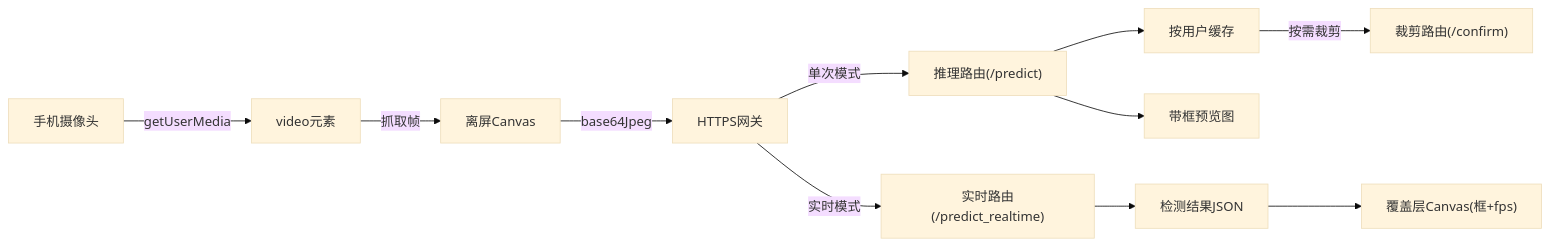
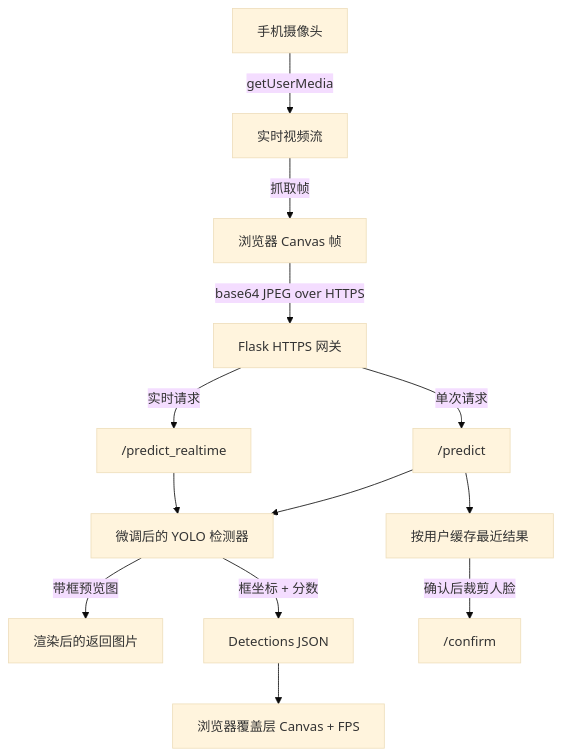
One commit to diiiiiiio/realtime-mask-detection changed the diagram in README_zh.md. Above: the diagram before and after it, drawn with Mermaid (base theme). The commit also changed other lines of this file and 10 other files, not shown here.

Commit message:
Fix README architecture and training assets

````diff
--- a/README_zh.md
+++ b/README_zh.md
@@ -41,16 +41,20 @@
 ```mermaid
-flowchart LR
-    cameraInput["手机摄像头"] -->|"getUserMedia"| videoElement["video元素"]
-    videoElement -->|"抓取帧"| offscreenCanvas["离屏Canvas"]
-    offscreenCanvas -->|"base64Jpeg"| httpsGateway["HTTPS网关"]
+flowchart TD
+    camera["手机摄像头"] -->|"getUserMedia"| video["实时视频流"]
+    video -->|"抓取帧"| frame["浏览器 Canvas 帧"]
+    frame -->|"base64 JPEG over HTTPS"| gateway["Flask HTTPS 网关"]
 
-    httpsGateway -->|"单次模式"| predictRoute["推理路由(/predict)"]
-    httpsGateway -->|"实时模式"| realtimeRoute["实时路由(/predict_realtime)"]
+    gateway -->|"单次请求"| predict["/predict"]
+    gateway -->|"实时请求"| realtime["/predict_realtime"]
 
-    predictRoute --> userCache["按用户缓存"]
-    userCache -->|"按需裁剪"| confirmRoute["裁剪路由(/confirm)"]
+    predict --> yolo["微调后的 YOLO 检测器"]
+    realtime --> yolo
 
-    predictRoute --> annotatedImage["带框预览图"]
-    realtimeRoute --> detectionsJson["检测结果JSON"]
-    detectionsJson --> overlayCanvas["覆盖层Canvas(框+fps)"]
+    yolo -->|"带框预览图"| preview["渲染后的返回图片"]
+    yolo -->|"框坐标 + 分数"| detections["Detections JSON"]
+
+    predict --> cache["按用户缓存最近结果"]
+    cache -->|"确认后裁剪人脸"| confirm["/confirm"]
+
+    detections --> overlay["浏览器覆盖层 Canvas + FPS"]
 ```
````
